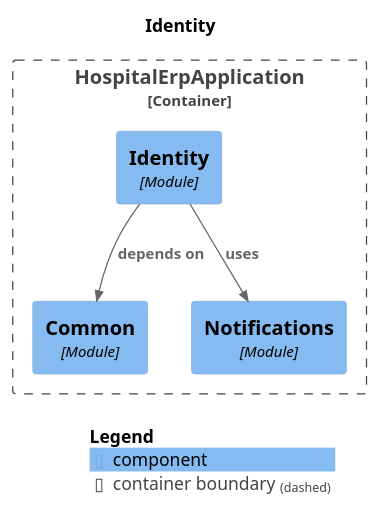
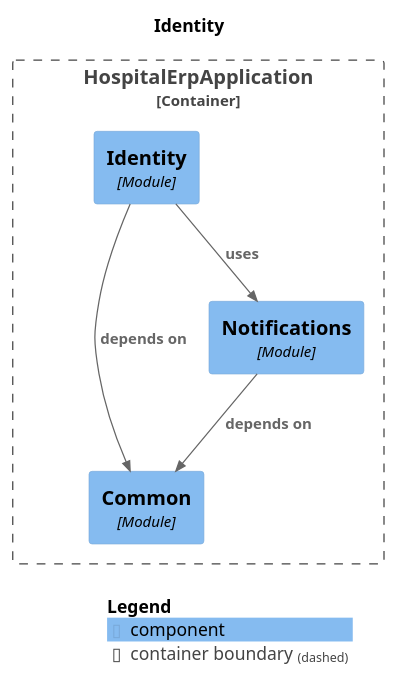
The diagram in docs/modules/module-identity.puml (harshsharma5720/HospitalERP), drawn with PlantUML before and after one commit. The commit also changed 41 other files, not shown here.

```diff
--- a/docs/modules/module-identity.puml
+++ b/docs/modules/module-identity.puml
@@ -1,21 +1,22 @@
 @startuml
 set separator none
 title Identity
 
 top to bottom direction
 
 !include <C4/C4>
 !include <C4/C4_Context>
 !include <C4/C4_Component>
 
 Container_Boundary("HospitalErpApplication.HospitalErpApplication_boundary", "HospitalErpApplication", $tags="") {
   Component(HospitalErpApplication.HospitalErpApplication.Common, "Common", $techn="Module", $descr="", $tags="", $link="")
   Component(HospitalErpApplication.HospitalErpApplication.Notifications, "Notifications", $techn="Module", $descr="", $tags="", $link="")
   Component(HospitalErpApplication.HospitalErpApplication.Identity, "Identity", $techn="Module", $descr="", $tags="", $link="")
 }
 
+Rel(HospitalErpApplication.HospitalErpApplication.Notifications, HospitalErpApplication.HospitalErpApplication.Common, "depends on", $techn="", $tags="", $link="")
 Rel(HospitalErpApplication.HospitalErpApplication.Identity, HospitalErpApplication.HospitalErpApplication.Common, "depends on", $techn="", $tags="", $link="")
 Rel(HospitalErpApplication.HospitalErpApplication.Identity, HospitalErpApplication.HospitalErpApplication.Notifications, "uses", $techn="", $tags="", $link="")
 
 SHOW_LEGEND(true)
 @enduml
```
